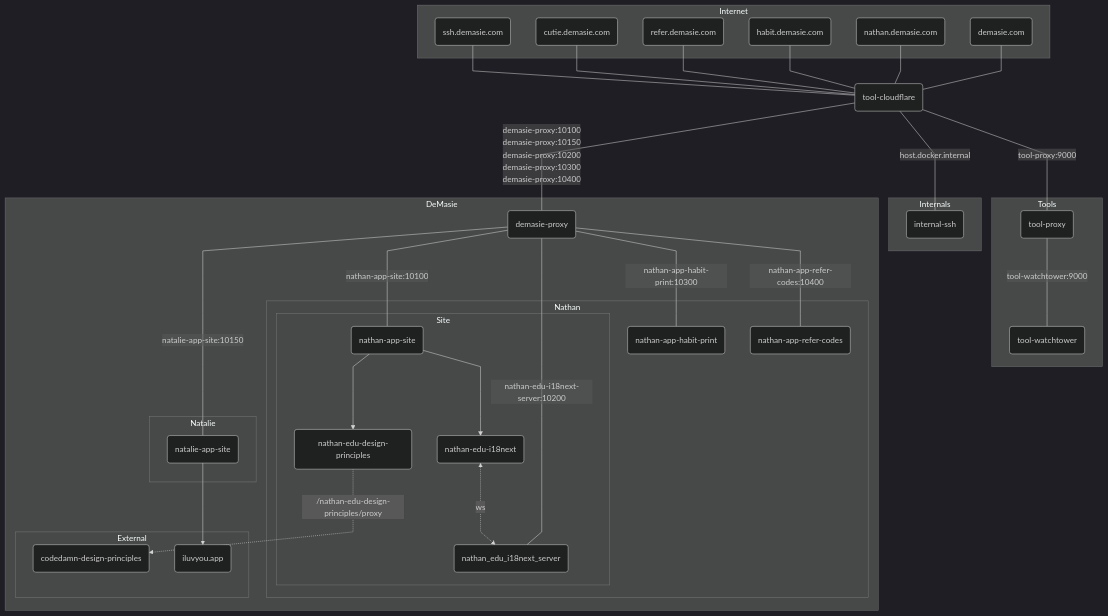
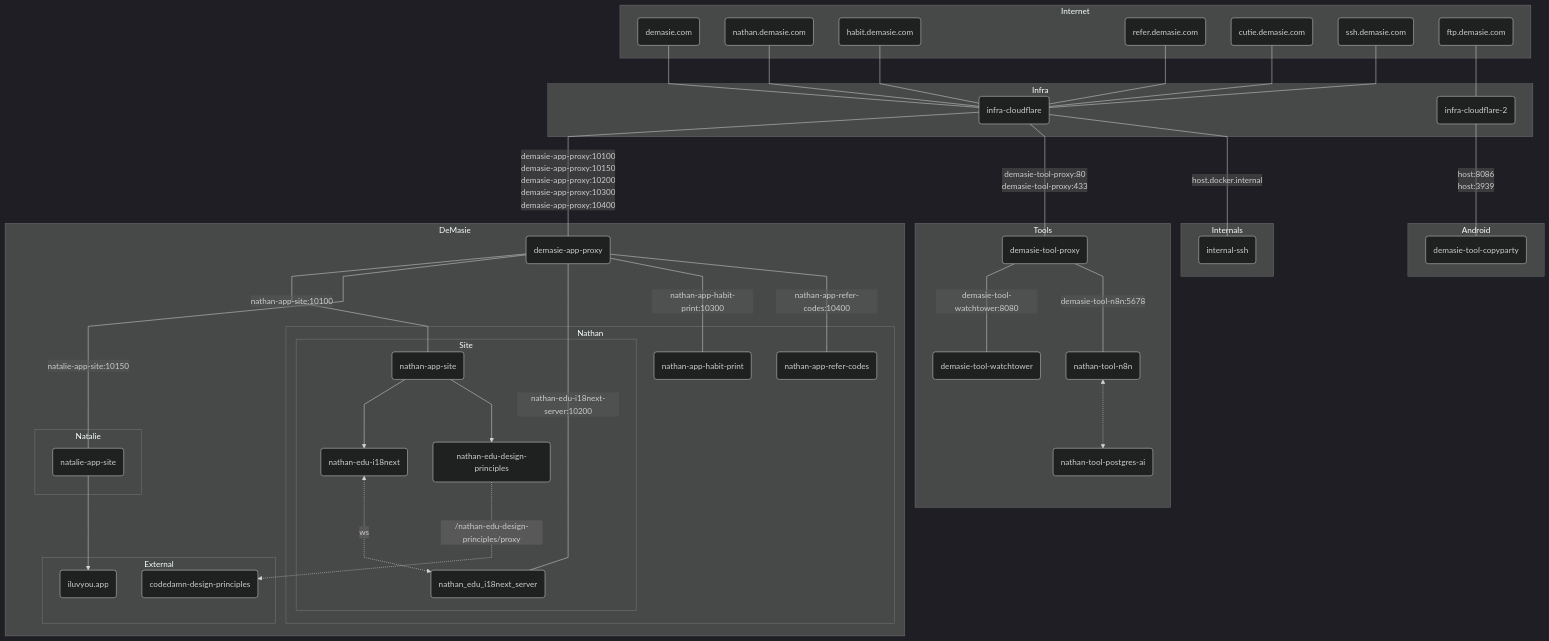
Before and after one commit to ndemasie/demasie.com: the diagram in README.md, drawn with Mermaid. The commit also changed 26 other files, not shown here.

```diff
--- a/README.md
+++ b/README.md
@@ -30,21 +30,33 @@
     domain_refer("refer.demasie.com")
     domain_cutie("cutie.demasie.com")
     domain_ssh("ssh.demasie.com")
+    domain_ftp("ftp.demasie.com")
   end
 
-  tool_cloudflare(tool-cloudflare)
+  subgraph Infra
+    infra_cloudflare(infra-cloudflare)
+    infra_cloudflare_2(infra-cloudflare-2)
+  end
+
+  subgraph Android
+    demasie_tool_copyparty(demasie-tool-copyparty)
+  end
 
   subgraph Internals
     internal_ssh(internal-ssh)
   end
 
   subgraph Tools
-    tool_proxy(tool-proxy)
-    tool_watchtower(tool-watchtower)
+    demasie_tool_proxy(demasie-tool-proxy)
+    demasie_tool_watchtower(demasie-tool-watchtower)
+
+    nathan_tool_n8n(nathan-tool-n8n)
+    nathan_tool_postgres_ai(nathan-tool-postgres-ai)
   end
 
   subgraph DeMasie
-    demasie_proxy(demasie-proxy)
+    demasie_app_proxy(demasie-app-proxy)
+    demasie_tool_proxy(demasie-tool-proxy)
 
     subgraph Natalie
       natalie_app_site(natalie-app-site)
@@ -53,7 +65,8 @@
     subgraph Nathan
       nathan_edu_i18next(nathan-edu-i18next-server)
       nathan_app_habit_print(nathan-app-habit-print)
-      nathan_app_referral_codes(nathan-app-refer-codes)
+      nathan_app_refer_codes(nathan-app-refer-codes)
+
 
       subgraph Site
         nathan_app_site(nathan-app-site)
@@ -70,24 +83,29 @@
   end
 
   %% Flow
-  domain --- tool_cloudflare
-  domain_nathan --- tool_cloudflare
-  domain_habit --- tool_cloudflare
-  domain_refer --- tool_cloudflare
-  domain_cutie --- tool_cloudflare
-  domain_ssh --- tool_cloudflare
+  domain --- infra_cloudflare
+  domain_nathan --- infra_cloudflare
+  domain_habit --- infra_cloudflare
+  domain_refer --- infra_cloudflare
+  domain_cutie --- infra_cloudflare
+  domain_ssh --- infra_cloudflare
+  domain_ftp --- infra_cloudflare_2
 
-  tool_cloudflare ---|<div>demasie-proxy:10100</br>demasie-proxy:10150</br>demasie-proxy:10200</br>demasie-proxy:10300</br>demasie-proxy:10400</br></div>| demasie_proxy
-  tool_cloudflare ---|<div>tool-proxy:9000</div>| tool_proxy
-  tool_cloudflare ---|<div>host.docker.internal</div>| internal_ssh
+  infra_cloudflare ---|<div>demasie-app-proxy:10100</br>demasie-app-proxy:10150</br>demasie-app-proxy:10200</br>demasie-app-proxy:10300</br>demasie-app-proxy:10400</br></div>| demasie_app_proxy
+  infra_cloudflare ---|<div>demasie-tool-proxy:80</br>demasie-tool-proxy:433</div>| demasie_tool_proxy
+  infra_cloudflare ---|<div>host.docker.internal</div>| internal_ssh
+  infra_cloudflare_2 ---|<div>host:8086</br>host:3939</div>| demasie_tool_copyparty
 
-  demasie_proxy ---|<div>nathan-app-site:10100</div>| nathan_app_site
-  demasie_proxy ---|<div>natalie-app-site:10150</div>| natalie_app_site
-  demasie_proxy ---|<div>nathan-edu-i18next-server:10200</div>| nathan_edu_i18next_server
-  demasie_proxy ---|<div>nathan-app-habit-print:10300</div>| nathan_app_habit_print
-  demasie_proxy ---|<div>nathan-app-refer-codes:10400</div>| nathan_app_referral_codes
+  demasie_app_proxy ---|<div>nathan-app-site:10100</div>| nathan_app_site
+  demasie_app_proxy ---|<div>natalie-app-site:10150</div>| natalie_app_site
+  demasie_app_proxy ---|<div>nathan-edu-i18next-server:10200</div>| nathan_edu_i18next_server
+  demasie_app_proxy ---|<div>nathan-app-habit-print:10300</div>| nathan_app_habit_print
+  demasie_app_proxy ---|<div>nathan-app-refer-codes:10400</div>| nathan_app_refer_codes
 
-  tool_proxy ---|<div>tool-watchtower:9000</div>| tool_watchtower
+  demasie_tool_proxy ---|<div>demasie-tool-watchtower:8080</div>| demasie_tool_watchtower
+  demasie_tool_proxy ---|<div>demasie-tool-n8n:5678</div>| nathan_tool_n8n
+
+  nathan_tool_n8n <-.-> nathan_tool_postgres_ai
 
   natalie_app_site --> iluvyou_app
 
@@ -102,9 +120,9 @@
   click domain_nathan "https://nathan.demasie.com" _blank
   click domain_refer "https://refer.demasie.com" _blank
 
-  click demasie_proxy "https://github.com/ndemasie/ndemasie.github.io/tree/main/packages/demasie_proxy" _blank
+  click demasie_app_proxy "https://github.com/ndemasie/ndemasie.github.io/tree/main/packages/demasie-app-proxy" _blank
   click nathan_app_habit_print "https://github.com/ndemasie/ndemasie.github.io/tree/main/packages/nathan-app-habit-print" _blank
-  click nathan_app_referral_codes "https://github.com/ndemasie/ndemasie.github.io/tree/main/packages/nathan-app-refer-codes" _blank
+  click nathan_app_refer_codes "https://github.com/ndemasie/ndemasie.github.io/tree/main/packages/nathan-app-refer-codes" _blank
   click nathan_app_site "https://github.com/ndemasie/ndemasie.github.io/tree/main/packages/nathan-app-site" _blank
   click nathan_edu_design_principles "https://github.com/ndemasie/ndemasie.github.io/tree/main/packages/nathan-edu-design-principles" _blank
   click nathan_edu_i18next "https://github.com/ndemasie/ndemasie.github.io/tree/main/packages/nathan-edu-i18next" _blank
```
